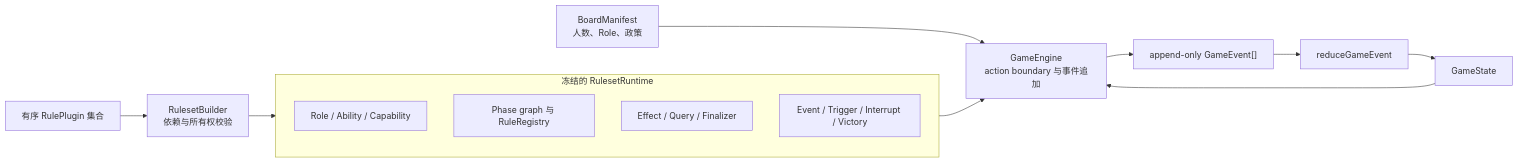
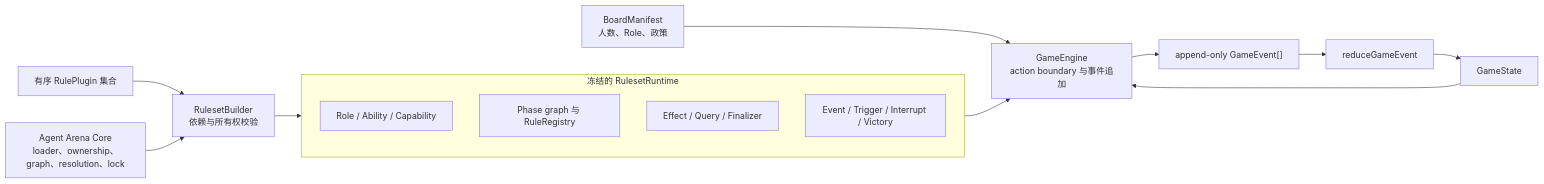
One commit to renewboy/agentwolf changed the first of 3 diagrams in docs/architecture/game-runtime.md. Above: the diagram before and after it, drawn with Mermaid. The commit also changed other lines of this file and 24 other files, not shown here.

Commit message:
refactor: consume agent arena ruleset core

````diff
--- a/docs/architecture/game-runtime.md
+++ b/docs/architecture/game-runtime.md
@@ -27,27 +27,29 @@
 ```mermaid
 flowchart LR
     Board["BoardManifest<br/>人数、Role、政策"]
     Plugins["有序 RulePlugin 集合"]
+    Core["Agent Arena Core<br/>loader、ownership、graph、resolution、lock"]
     Builder["RulesetBuilder<br/>依赖与所有权校验"]
 
     subgraph Runtime["冻结的 RulesetRuntime"]
         Roles["Role / Ability / Capability"]
         Phases["Phase graph 与 RuleRegistry"]
         Resolution["Effect / Query / Finalizer"]
         Signals["Event / Trigger / Interrupt / Victory"]
     end
 
     Engine["GameEngine<br/>action boundary 与事件追加"]
     Log["append-only GameEvent[]"]
     Reducer["reduceGameEvent"]
     State["GameState"]
 
     Plugins --> Builder
+    Core --> Builder
     Builder --> Runtime
     Board --> Engine
     Runtime --> Engine
     State --> Engine
     Engine --> Log
     Log --> Reducer
     Reducer --> State
 ```
````
